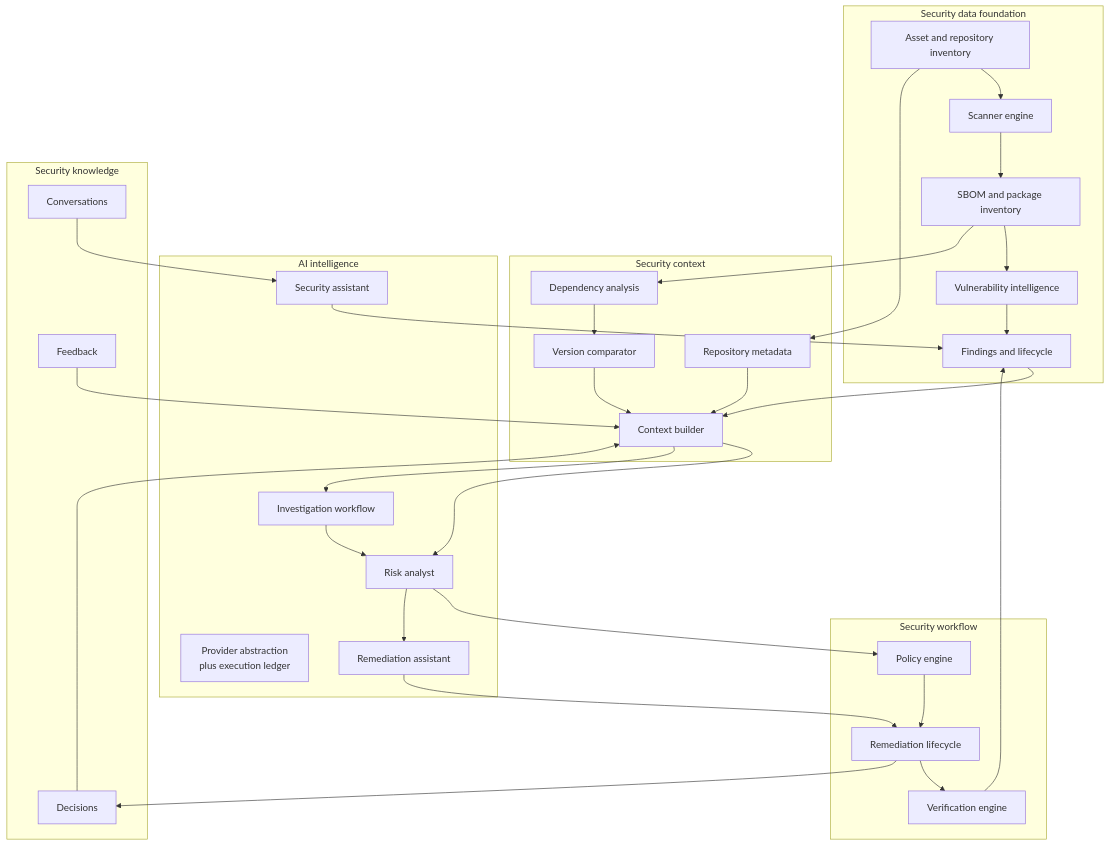
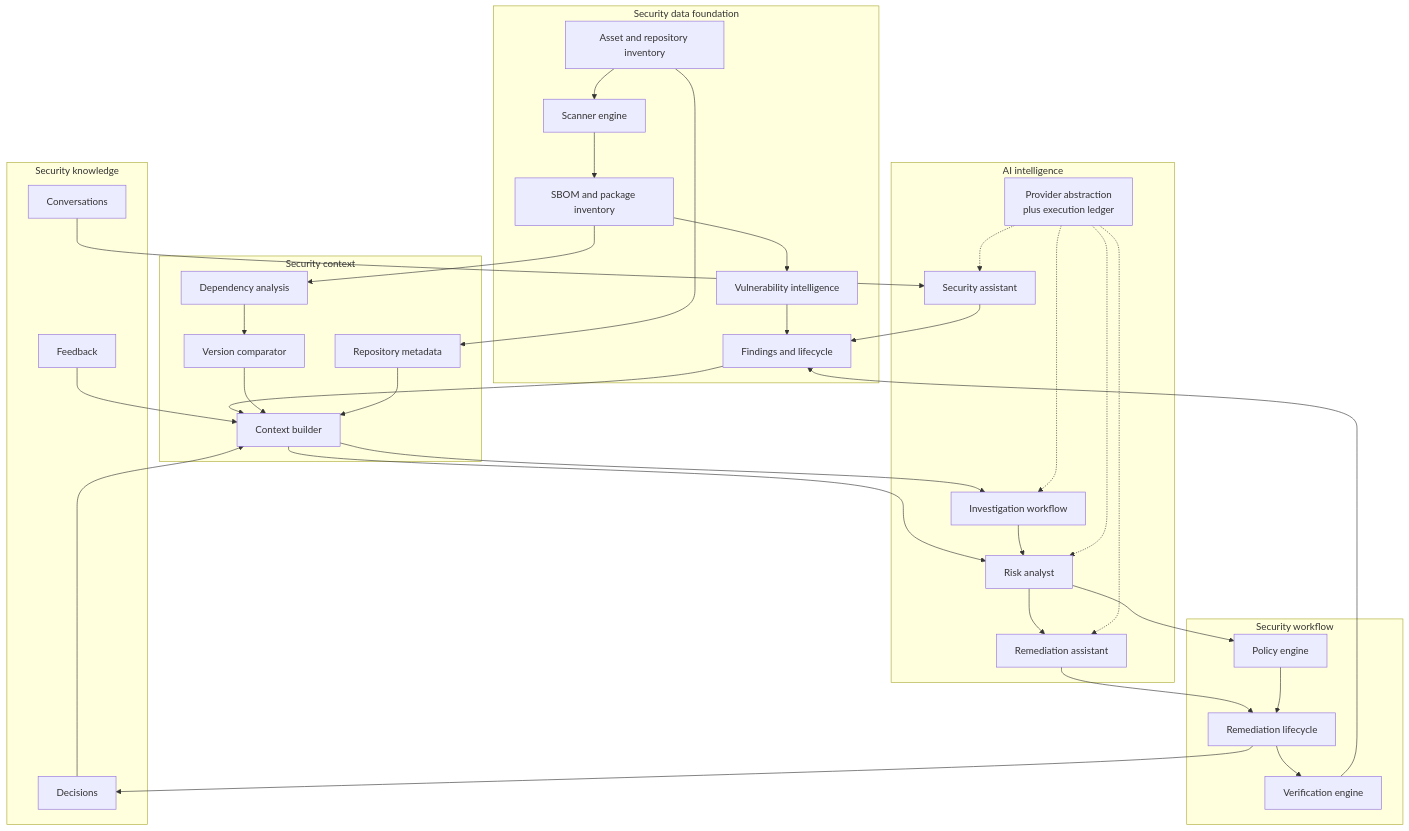
The second of 2 diagrams in README.md (hungpt99-dev/ai-native-security), drawn with Mermaid before and after one commit.

Commit message:
docs: wire the provider ledger into the architecture diagram

````diff
--- a/README.md
+++ b/README.md
@@ -136,53 +136,57 @@
 ```mermaid
 flowchart TB
     subgraph L1["Security data foundation"]
         A1["Asset and repository inventory"]
         A2["Scanner engine"]
         A3["SBOM and package inventory"]
         A4["Vulnerability intelligence"]
         A5["Findings and lifecycle"]
     end
 
     subgraph L2["Security context"]
         C1["Context builder"]
         C2["Dependency analysis"]
         C3["Version comparator"]
         C4["Repository metadata"]
     end
 
     subgraph L3["AI intelligence"]
         I1["Provider abstraction<br/>plus execution ledger"]
         I2["Risk analyst"]
         I3["Investigation workflow"]
         I4["Remediation assistant"]
         I5["Security assistant"]
     end
 
     subgraph L4["Security workflow"]
         W1["Policy engine"]
         W2["Remediation lifecycle"]
         W3["Verification engine"]
     end
 
     subgraph L5["Security knowledge"]
         K1["Decisions"]
         K2["Feedback"]
         K3["Conversations"]
     end
 
     A1 --> A2 --> A3 --> A4 --> A5
     A5 --> C1
     A3 --> C2
     C2 --> C3 --> C1
     A1 --> C4 --> C1
     C1 --> I2 --> W1
     C1 --> I3 --> I2
     I2 --> I4 --> W2
     W2 --> W3 --> A5
     W1 --> W2
     I5 --> A5
+    I1 -.-> I2
+    I1 -.-> I3
+    I1 -.-> I4
+    I1 -.-> I5
     W2 --> K1
     K2 --> C1
     K3 --> I5
     K1 --> C1
 ```
````
